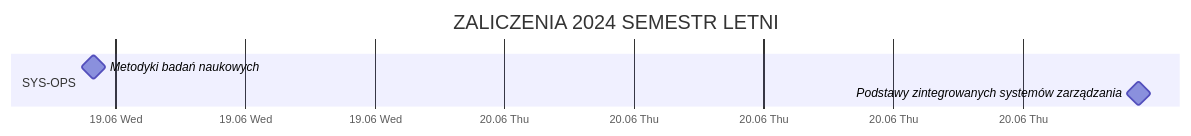
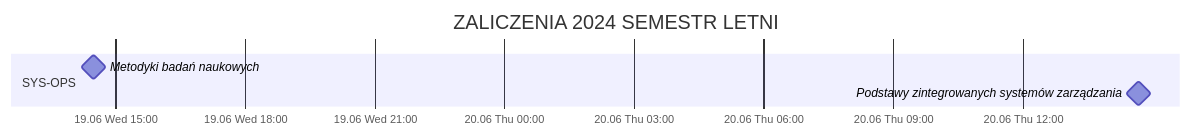
The diagram in INFO.md (Week-end-Development/WED), drawn with Mermaid before and after one commit.

````diff
--- a/INFO.md
+++ b/INFO.md
@@ -17,17 +17,17 @@
 ```mermaid
 gantt
   title ZALICZENIA 2024 SEMESTR LETNI
   dateFormat MM-DD HH:mm
-  axisFormat %d.%m %a
+  axisFormat %d.%m %a %H:%M
   excludes weekends
   section SYS-OPS
     %Narzędzia sztucznej inteligencji : milestone, 2024-06-04 14:40, 0d
     %Administracja infrastrukturą sieciową przedsiębiorstwa : milestone, 2024-06-05 15:30, 0d
     %Rozwiązania teleinformatyczne sieci Internet : milestone, 2024-06-11 09:15, 0d
     %Nowoczesne technologie w informatyce : milestone, 2024-06-11 11:00, 0d
     %Narzędzia sztucznej inteligencji : milestone, 2024-06-11 14:40, 0d
     %Projektowanie zorientowane na użytkownika : milestone, 2024-06-12 10:05, 0d
     %Podstawy zintegrowanych systemów zarządzania  : milestone, 2024-06-13 14:40, 0d
     Metodyki badań naukowych : milestone, 2024-06-19 14:30, 0d
     Podstawy zintegrowanych systemów zarządzania  : milestone, 2024-06-20 14:40, 0d
 ```
````
